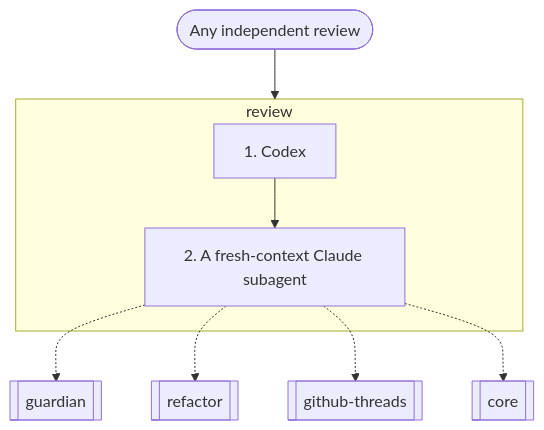
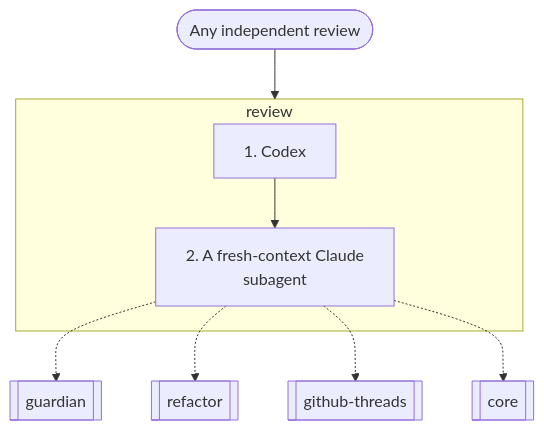
Before and after one commit to nitedani/mergeworthy: diagram 12 of 14 in docs/graphs.md, drawn with Mermaid. The commit also changed other lines of this file and 1 other file, not shown here.

First line of the commit message:
Graphs: short labels wrapped into lines, so GitHub doesn't cut them off

````diff
--- a/docs/graphs.md
+++ b/docs/graphs.md
@@ -292,14 +285,14 @@
 ```mermaid
 flowchart TB
   start(["Any independent review"])
   subgraph g0["review"]
     s0["1. Codex"]
-    s1["2. A fresh-context Claude subagent"]
+    s1["2. A fresh-context Claude<br/>subagent"]
     s0 --> s1
   end
   s1 -.-> r1[["guardian"]]
   s1 -.-> r2[["refactor"]]
   s1 -.-> r3[["github-threads"]]
   s1 -.-> r4[["core"]]
   start --> g0
 ```
````
